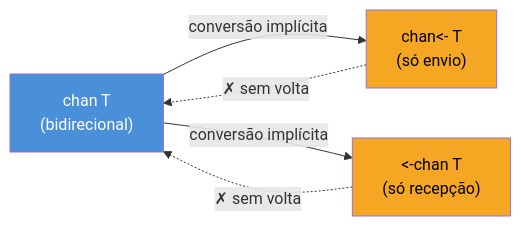
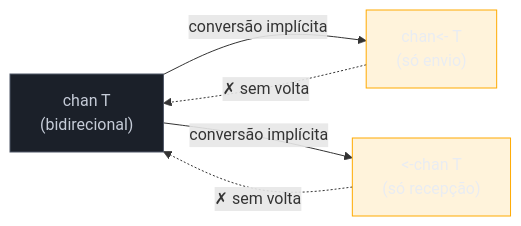
One commit to josenaldo/codex-technomanticus changed the second of 2 diagrams in 03-Dominios/Tecnologia/Go/08 - Channels e select/04 - Direções de channel.md. Above: the diagram before and after it, drawn with Mermaid. The commit also changed other lines of this file and 1181 other files, not shown here.

First line of the commit message:
fix(diagramas): paleta do sistema no lugar de cor cravada no markdown

````diff
--- a/03-Dominios/Tecnologia/Go/08 - Channels e select/04 - Direções de channel.md
+++ b/03-Dominios/Tecnologia/Go/08 - Channels e select/04 - Direções de channel.md
@@ -117,11 +119,13 @@
 ```mermaid
 flowchart LR
+    classDef neutro fill:#1B2029,stroke:#4E5666,color:#C6CCD8
+    classDef destaque fill:#FFAA0024,stroke:#FFAA00,color:#E9ECF2
     Bi["chan T\n(bidirecional)"] -->|"conversão implícita"| Send["chan&lt;- T\n(só envio)"]
     Bi -->|"conversão implícita"| Recv["&lt;-chan T\n(só recepção)"]
     Send -.->|"✗ sem volta"| Bi
     Recv -.->|"✗ sem volta"| Bi
 
-    style Bi fill:#4A90D9,color:#fff
-    style Send fill:#F5A623,color:#000
-    style Recv fill:#F5A623,color:#000
+    class Bi neutro
+    class Send destaque
+    class Recv destaque
 ```
````
